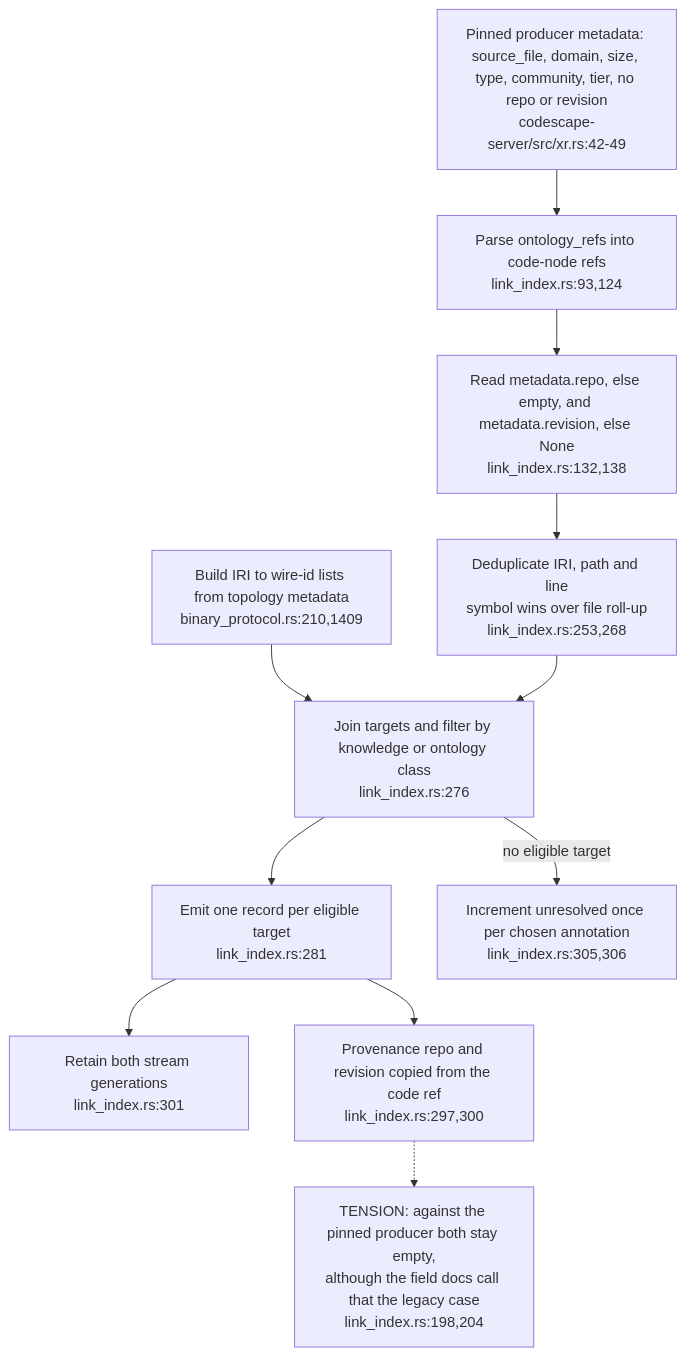
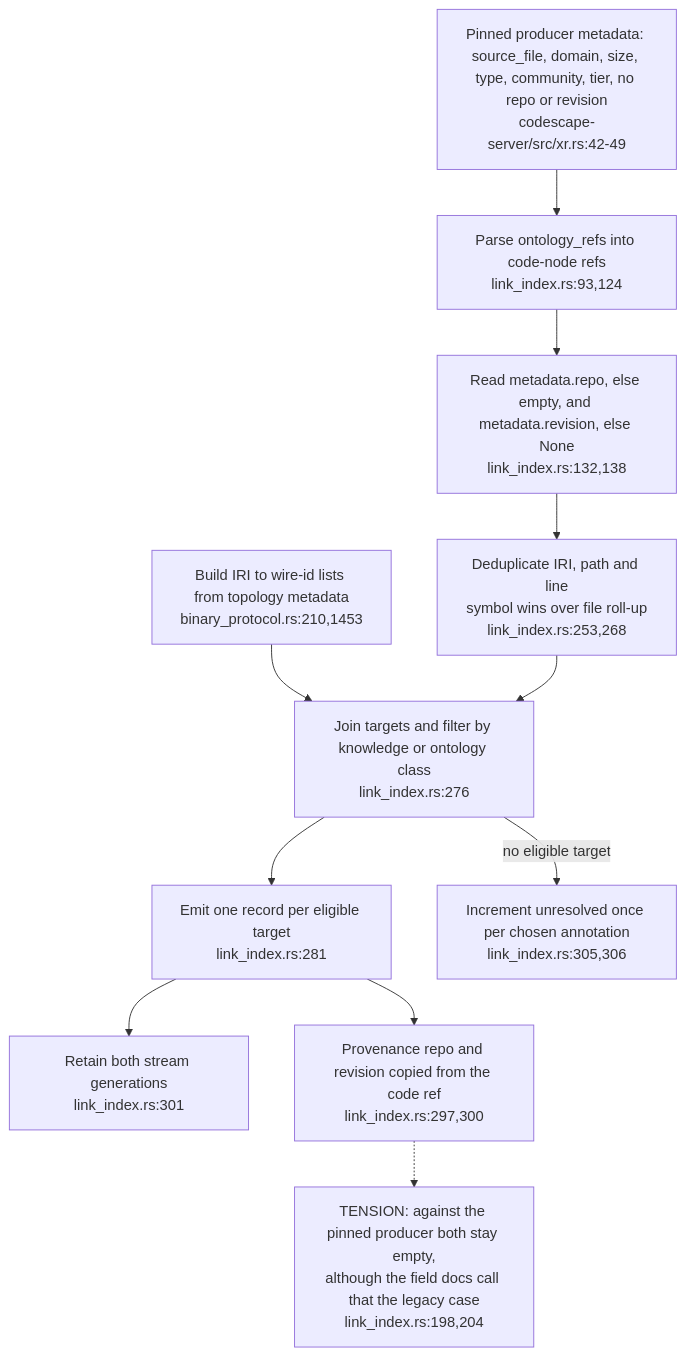
Before and after one commit to DreamLab-AI/VisionFlow: the second of 3 diagrams in docs/diagrams/visionclaw/45-code-to-concept-link-evidence.md, drawn with Mermaid. The commit also changed other lines of this file and 24 other files, not shown here.

Commit message:
docs: align XR liveness, filtering and rendering diagrams (#33)

````diff
--- a/docs/diagrams/visionclaw/45-code-to-concept-link-evidence.md
+++ b/docs/diagrams/visionclaw/45-code-to-concept-link-evidence.md
@@ -48,13 +48,13 @@
 ```mermaid
 flowchart TD
     PROD["Pinned producer metadata: source_file, domain, size, type, community, tier, no repo or revision<br/>codescape-server/src/xr.rs:42-49"] --> CS
     CS["Parse ontology_refs into code-node refs<br/>link_index.rs:93,124"] --> READ["Read metadata.repo, else empty, and metadata.revision, else None<br/>link_index.rs:132,138"]
     READ --> PICK["Deduplicate IRI, path and line<br/>symbol wins over file roll-up<br/>link_index.rs:253,268"]
-    VC["Build IRI to wire-id lists from topology metadata<br/>binary_protocol.rs:210,1409"] --> JOIN["Join targets and filter by knowledge or ontology class<br/>link_index.rs:276"]
+    VC["Build IRI to wire-id lists from topology metadata<br/>binary_protocol.rs:210,1453"] --> JOIN["Join targets and filter by knowledge or ontology class<br/>link_index.rs:276"]
     PICK --> JOIN
     JOIN --> REC["Emit one record per eligible target<br/>link_index.rs:281"]
     REC --> GEN["Retain both stream generations<br/>link_index.rs:301"]
     REC --> PROV["Provenance repo and revision copied from the code ref<br/>link_index.rs:297,300"]
     PROV -.-> EMPTY["TENSION: against the pinned producer both stay empty,<br/>although the field docs call that the legacy case<br/>link_index.rs:198,204"]
     JOIN -->|no eligible target| MISS["Increment unresolved once per chosen annotation<br/>link_index.rs:305,306"]
 ```
````
